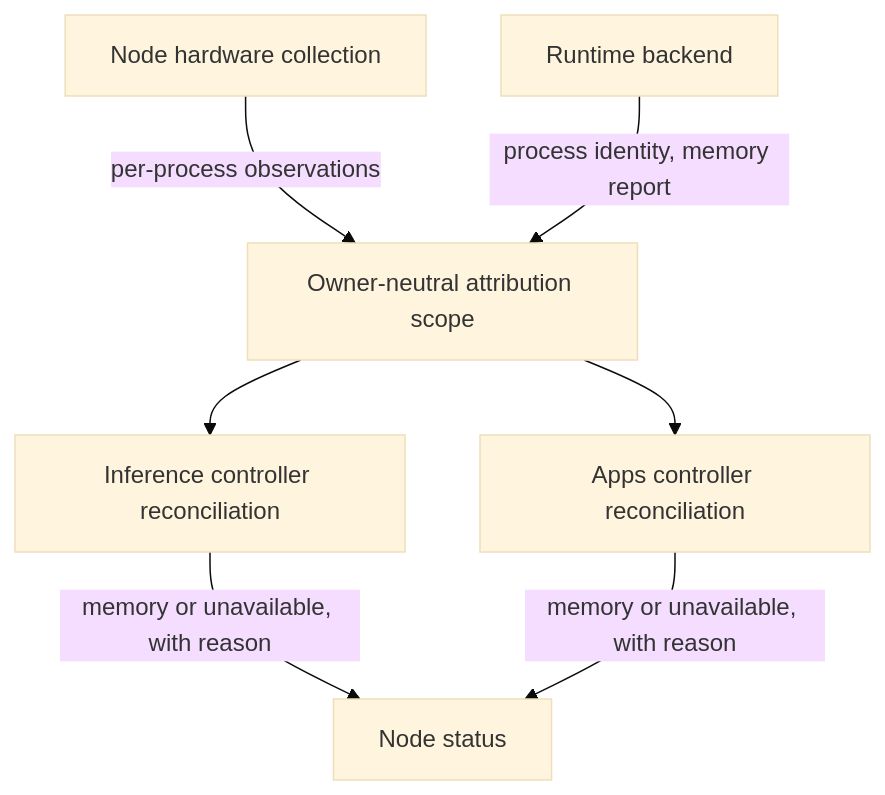
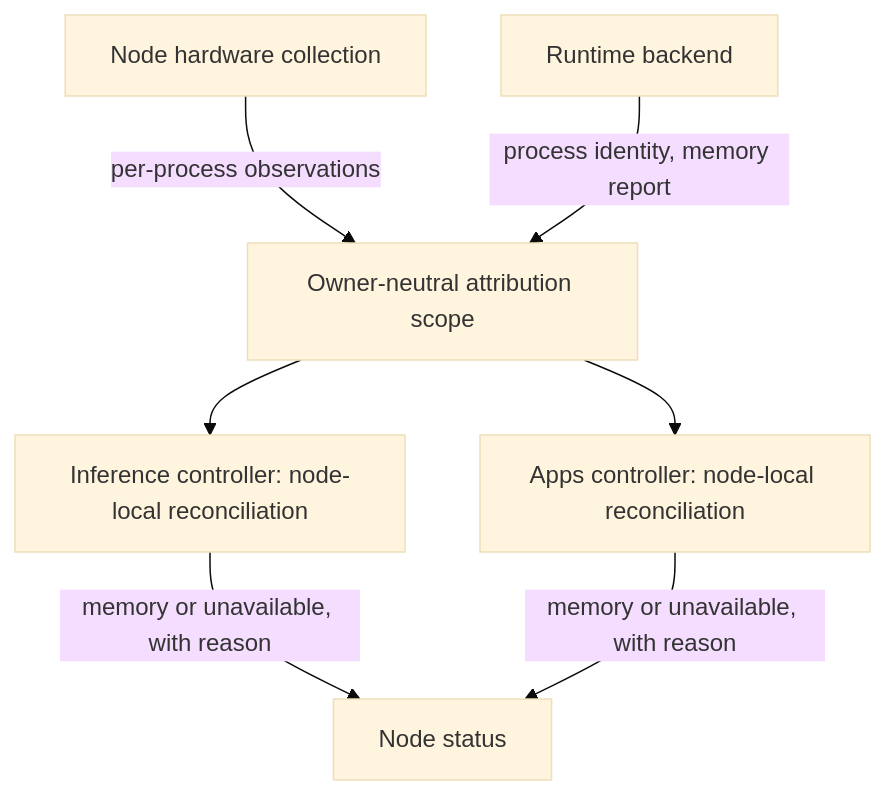
One commit to dotcoreai/dotcore changed the third of 3 diagrams in docs/specs/machines.md. Above: the diagram before and after it, drawn with Mermaid (base theme). The commit also changed other lines of this file and 2 other files, not shown here.

Commit message:
docs(*): fix duplicates, names and gaps on the apps, machines and access pages

````diff
--- a/docs/specs/machines.md
+++ b/docs/specs/machines.md
@@ -77,9 +77,9 @@
 ```mermaid
 flowchart TB
   HC["Node hardware collection"] -->|"per-process observations"| SCOPE["Owner-neutral attribution scope"]
   RB["Runtime backend"] -->|"process identity, memory report"| SCOPE
-  SCOPE --> MREC["Inference controller reconciliation"]
-  SCOPE --> AREC["Apps controller reconciliation"]
+  SCOPE --> MREC["Inference controller: node-local reconciliation"]
+  SCOPE --> AREC["Apps controller: node-local reconciliation"]
   MREC -->|"memory or unavailable, with reason"| ST["Node status"]
   AREC -->|"memory or unavailable, with reason"| ST
 ```
````
